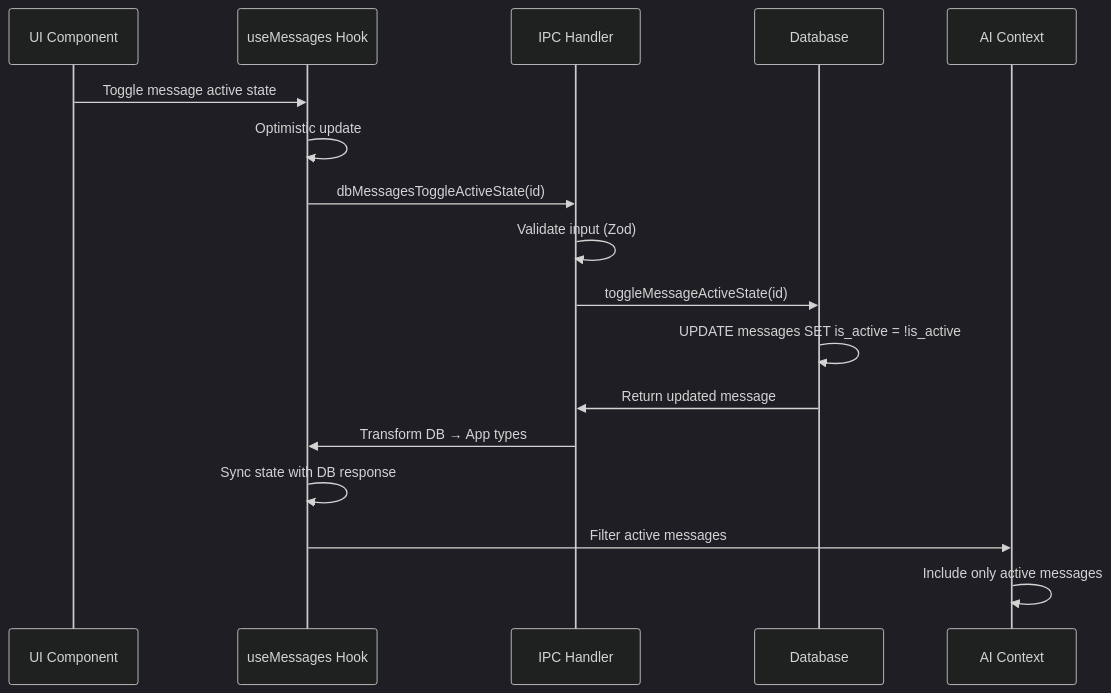
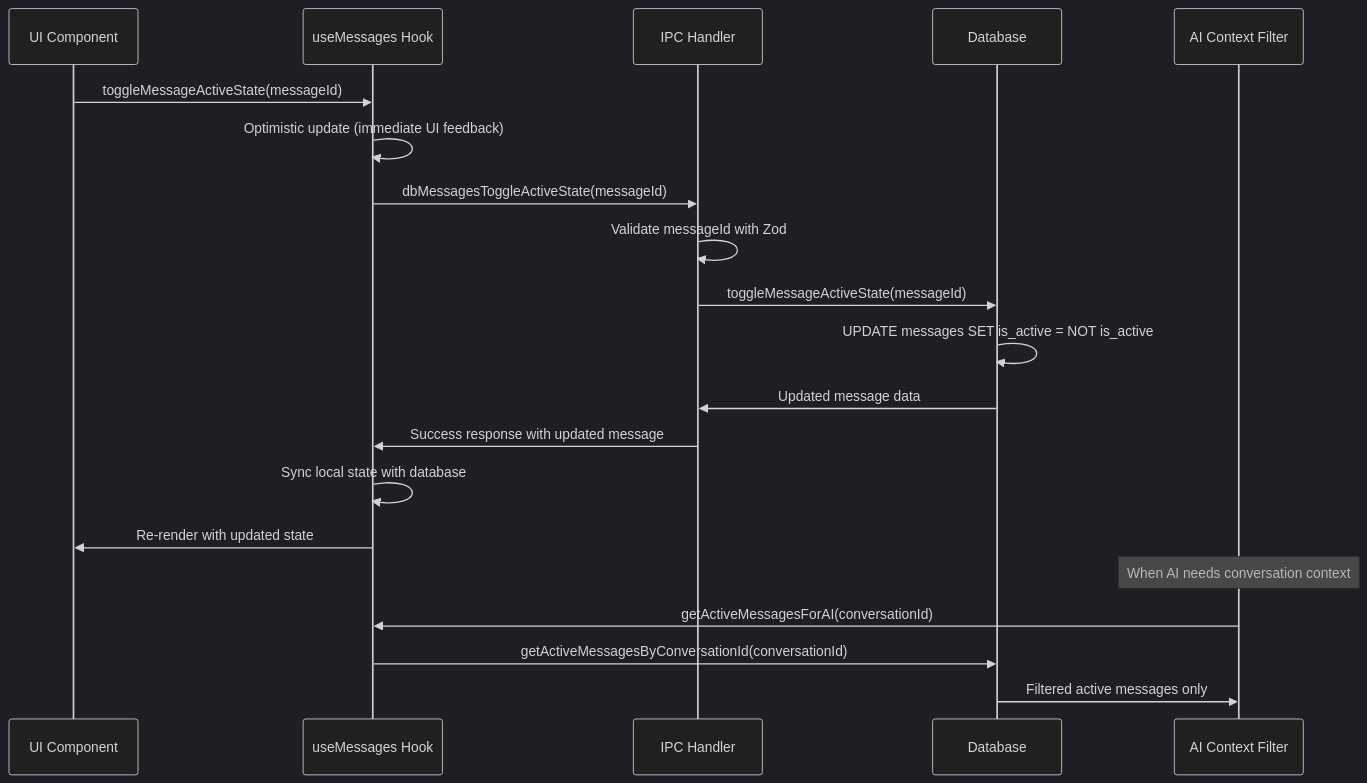
One commit to langadventurellc/fishbowl changed the second of 3 diagrams in .tasks/phase-1.2.1/20250711-message-active-state-tasks.md. Above: the diagram before and after it, drawn with Mermaid (dark theme). The commit also changed other lines of this file and 1 other file, not shown here.

````diff
--- a/.tasks/phase-1.2.1/20250711-message-active-state-tasks.md
+++ b/.tasks/phase-1.2.1/20250711-message-active-state-tasks.md
@@ -43,20 +53,24 @@
 ```mermaid
 sequenceDiagram
     participant UI as UI Component
     participant Hook as useMessages Hook
     participant IPC as IPC Handler
     participant DB as Database
-    participant AI as AI Context
+    participant AI as AI Context Filter
 
-    UI->>Hook: Toggle message active state
-    Hook->>Hook: Optimistic update
-    Hook->>IPC: dbMessagesToggleActiveState(id)
-    IPC->>IPC: Validate input (Zod)
-    IPC->>DB: toggleMessageActiveState(id)
-    DB->>DB: UPDATE messages SET is_active = !is_active
-    DB->>IPC: Return updated message
-    IPC->>Hook: Transform DB → App types
-    Hook->>Hook: Sync state with DB response
-    Hook->>AI: Filter active messages
-    AI->>AI: Include only active messages
+    UI->>Hook: toggleMessageActiveState(messageId)
+    Hook->>Hook: Optimistic update (immediate UI feedback)
+    Hook->>IPC: dbMessagesToggleActiveState(messageId)
+    IPC->>IPC: Validate messageId with Zod
+    IPC->>DB: toggleMessageActiveState(messageId)
+    DB->>DB: UPDATE messages SET is_active = NOT is_active
+    DB->>IPC: Updated message data
+    IPC->>Hook: Success response with updated message
+    Hook->>Hook: Sync local state with database
+    Hook->>UI: Re-render with updated state
+
+    Note over AI: When AI needs conversation context
+    AI->>Hook: getActiveMessagesForAI(conversationId)
+    Hook->>DB: getActiveMessagesByConversationId(conversationId)
+    DB->>AI: Filtered active messages only
 ```
````
